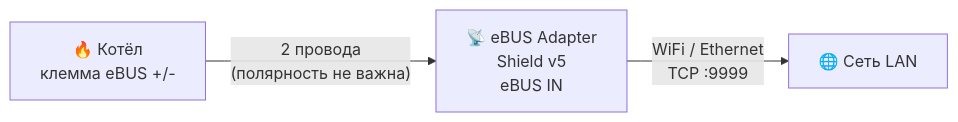
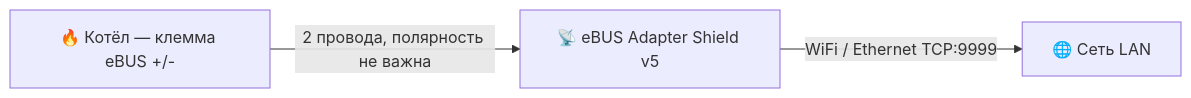
One commit to Gfermoto/Vaillant changed the second of 7 diagrams in HABR_ARTICLE.md. Above: the diagram before and after it, drawn with Mermaid. The commit also changed other lines of this file, not shown here.

First line of the commit message:
Fix Mermaid diagrams: remove literal \n from all node and edge labels

````diff
--- a/HABR_ARTICLE.md
+++ b/HABR_ARTICLE.md
@@ -86,5 +86,5 @@
 ```mermaid
 graph LR
-    A["🔥 Котёл\nклемма eBUS +/-"] -- "2 провода\n(полярность не важна)" --> B["📡 eBUS Adapter\nShield v5\neBUS IN"]
-    B -- "WiFi / Ethernet\nTCP :9999" --> C["🌐 Сеть LAN"]
+    A["🔥 Котёл — клемма eBUS +/-"] -- "2 провода, полярность не важна" --> B["📡 eBUS Adapter Shield v5"]
+    B -- "WiFi / Ethernet TCP:9999" --> C["🌐 Сеть LAN"]
 ```
````
